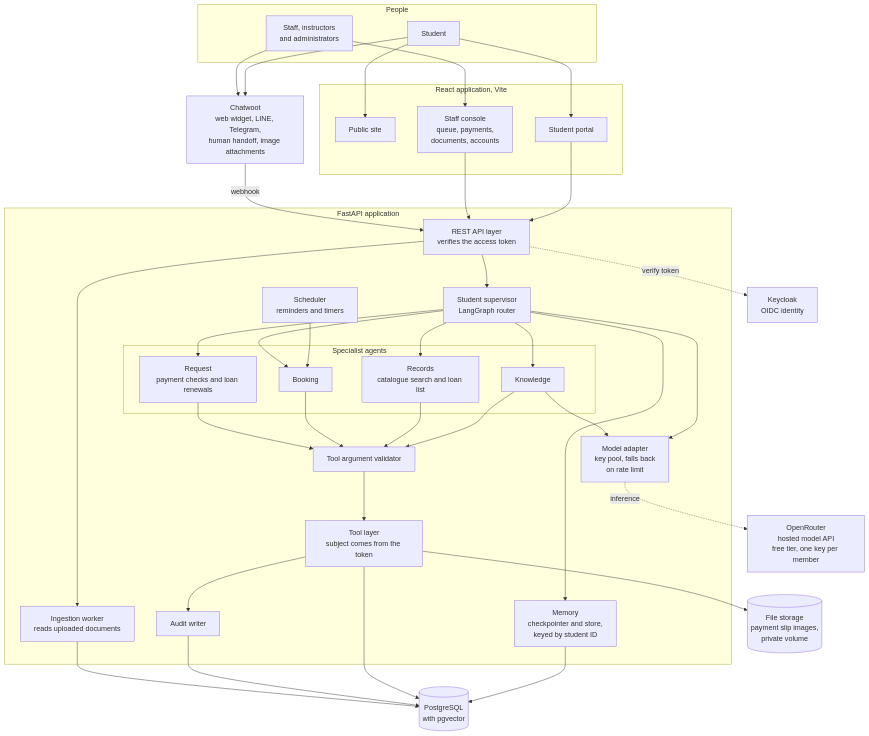
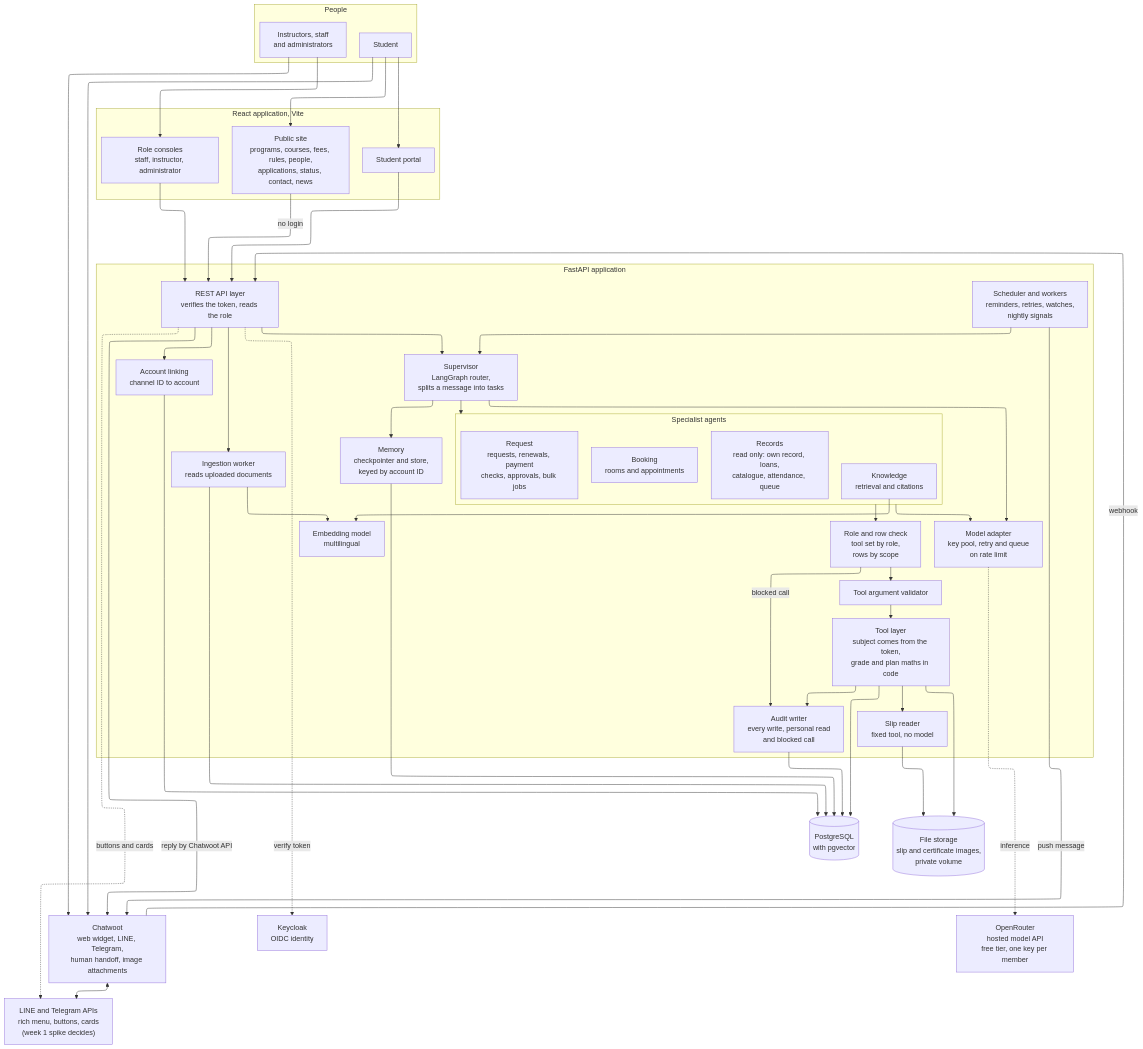
Before and after one commit to SaiWaiYanLynn/smart-university-website: the diagram in design/diagrams/01_architecture.mmd, drawn with Mermaid. The commit also changed 39 other files, not shown here.

Commit message:
Add guest pages content, new diagrams and updated architecture, ER and supervisor

```diff
--- a/design/diagrams/01_architecture.mmd
+++ b/design/diagrams/01_architecture.mmd
@@ -1,75 +1,90 @@
+---
+config:
+  layout: elk
+---
 flowchart TB
   subgraph Users["People"]
     STU["Student"]
-    STF["Staff, instructors<br/>and administrators"]
+    STF["Instructors, staff<br/>and administrators"]
   end
 
   subgraph Frontend["React application, Vite"]
-    PUB["Public site"]
+    PUB["Public site<br/>programs, courses, fees, rules, people,<br/>applications, status, contact, news"]
     POR["Student portal"]
-    CON["Staff console<br/>queue, payments,<br/>documents, accounts"]
+    CON["Role consoles<br/>staff, instructor, administrator"]
   end
 
   CWT["Chatwoot<br/>web widget, LINE, Telegram,<br/>human handoff, image attachments"]
+  CHN["LINE and Telegram APIs<br/>rich menu, buttons, cards<br/>(week 1 spike decides)"]
 
   subgraph API["FastAPI application"]
-    REST["REST API layer<br/>verifies the access token"]
-    SUP["Student supervisor<br/>LangGraph router"]
-    MEM["Memory<br/>checkpointer and store,<br/>keyed by student ID"]
-    SCH["Scheduler<br/>reminders and timers"]
+    REST["REST API layer<br/>verifies the token, reads the role"]
+    LNK["Account linking<br/>channel ID to account"]
+    SUP["Supervisor<br/>LangGraph router,<br/>splits a message into tasks"]
+    MEM["Memory<br/>checkpointer and store,<br/>keyed by account ID"]
+    SCH["Scheduler and workers<br/>reminders, retries, watches,<br/>nightly signals"]
     subgraph AG["Specialist agents"]
-      K["Knowledge"]
-      R["Records<br/>catalogue search and loan list"]
-      B["Booking"]
-      Q["Request<br/>payment checks and loan renewals"]
+      K["Knowledge<br/>retrieval and citations"]
+      R["Records<br/>read only: own record, loans,<br/>catalogue, attendance, queue"]
+      B["Booking<br/>rooms and appointments"]
+      Q["Request<br/>requests, renewals, payment<br/>checks, approvals, bulk jobs"]
     end
+    ROLE["Role and row check<br/>tool set by role,<br/>rows by scope"]
     VAL["Tool argument validator"]
-    TOOL["Tool layer<br/>subject comes from the token"]
-    AUD["Audit writer"]
+    TOOL["Tool layer<br/>subject comes from the token,<br/>grade and plan maths in code"]
+    SLP["Slip reader<br/>fixed tool, no model"]
+    AUD["Audit writer<br/>every write, personal read<br/>and blocked call"]
     ING["Ingestion worker<br/>reads uploaded documents"]
-    LLM["Model adapter<br/>key pool, falls back<br/>on rate limit"]
+    EMB["Embedding model<br/>multilingual"]
+    LLM["Model adapter<br/>key pool, retry and queue<br/>on rate limit"]
   end
 
   PG[("PostgreSQL<br/>with pgvector")]
-  FS[("File storage<br/>payment slip images,<br/>private volume")]
+  FS[("File storage<br/>slip and certificate images,<br/>private volume")]
   KC["Keycloak<br/>OIDC identity"]
   OR["OpenRouter<br/>hosted model API<br/>free tier, one key per member"]
 
   STU --> PUB
   STU --> POR
   STU --> CWT
   STF --> CON
   STF --> CWT
+  CWT <--> CHN
 
+  PUB -- "no login" --> REST
   POR --> REST
   CON --> REST
   CWT -- webhook --> REST
+  REST -- "reply by Chatwoot API" --> CWT
+  REST -. "buttons and cards" .-> CHN
 
   REST --> SUP
   REST -. verify token .-> KC
+  REST --> LNK
+  LNK --> PG
   REST --> ING
 
   SUP --> MEM
   MEM --> PG
-  SCH --> B
+  SCH --> SUP
+  SCH -- "push message" --> CWT
 
-  SUP --> K
-  SUP --> R
-  SUP --> B
-  SUP --> Q
+  SUP --> AG
+  AG --> ROLE
+  ROLE --> VAL
+  VAL --> TOOL
+  ROLE -- "blocked call" --> AUD
 
-  K --> VAL
-  R --> VAL
-  B --> VAL
-  Q --> VAL
-
-  VAL --> TOOL
   TOOL --> PG
   TOOL --> FS
+  TOOL --> SLP
+  SLP --> FS
   TOOL --> AUD
   AUD --> PG
+  ING --> EMB
+  K --> EMB
   ING --> PG
 
   SUP --> LLM
-  K --> LLM
+  AG --> LLM
   LLM -. inference .-> OR
```
